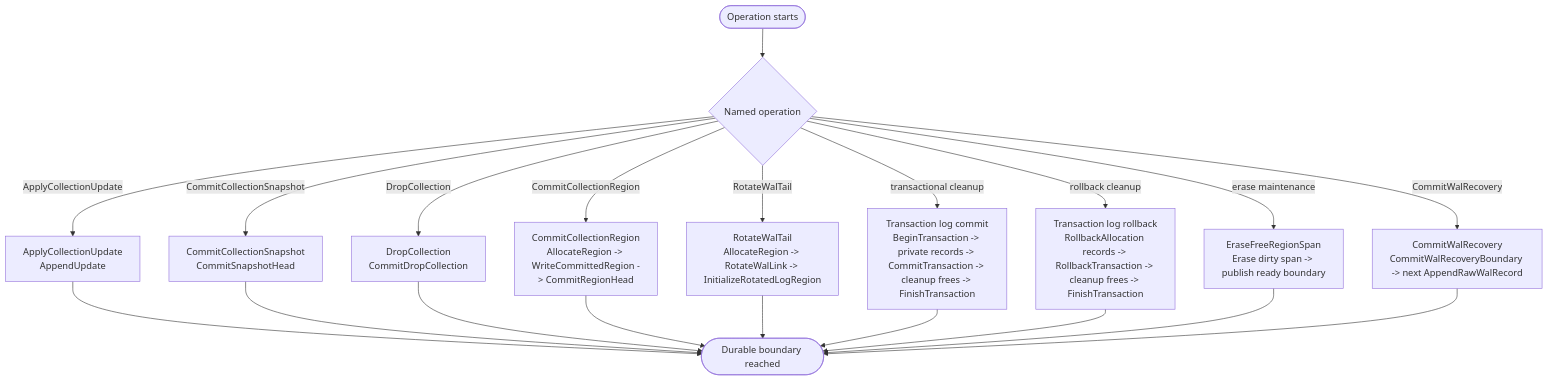
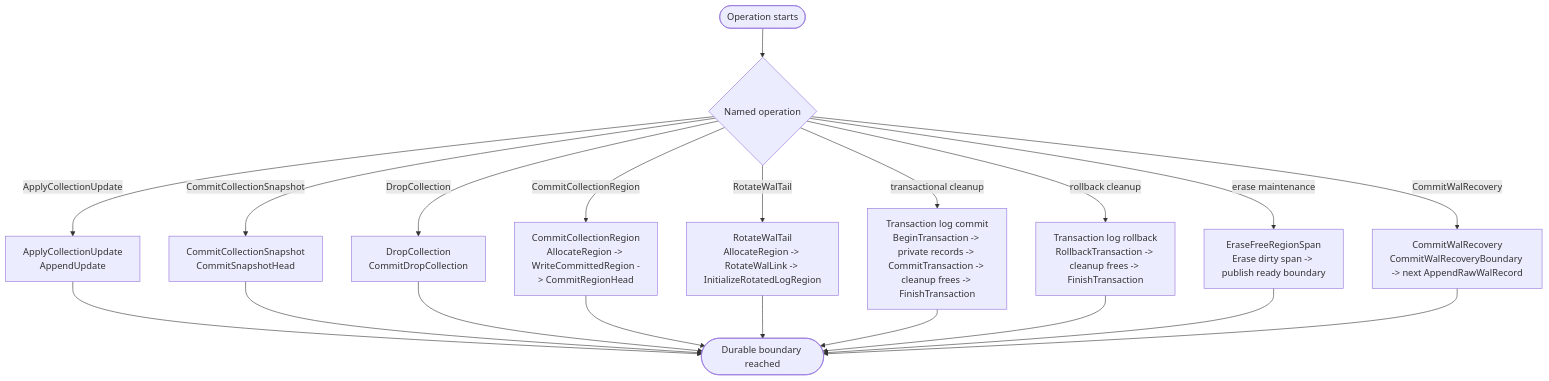
One commit to moore/borromean changed the first of 3 diagrams in spec/ring/08-durability-formatting.md. Above: the diagram before and after it, drawn with Mermaid. The commit also changed other lines of this file and 5 other files, not shown here.

````diff
--- a/spec/ring/08-durability-formatting.md
+++ b/spec/ring/08-durability-formatting.md
@@ -119,36 +117,36 @@
 ```mermaid
 %%{init: {"flowchart": {"wrappingWidth": 180}} }%%
 flowchart TD
     Request([Operation starts])
     Kind{"`Named operation`"}
     Update["`ApplyCollectionUpdate
 AppendUpdate`"]
     Snapshot["`CommitCollectionSnapshot
 CommitSnapshotHead`"]
     Drop["`DropCollection
 CommitDropCollection`"]
     RegionCommit["`CommitCollectionRegion
 AllocateRegion -> WriteCommittedRegion -> CommitRegionHead`"]
     Rotation["`RotateWalTail
 AllocateRegion -> RotateWalLink -> InitializeRotatedLogRegion`"]
     Reclaim["`Transaction log commit
 BeginTransaction -> private records -> CommitTransaction -> cleanup frees -> FinishTransaction`"]
     Rollback["`Transaction log rollback
-RollbackAllocation records -> RollbackTransaction -> cleanup frees -> FinishTransaction`"]
+RollbackTransaction -> cleanup frees -> FinishTransaction`"]
     Erase["`EraseFreeRegionSpan
 Erase dirty span -> publish ready boundary`"]
     Recovery["`CommitWalRecovery
 CommitWalRecoveryBoundary -> next AppendRawWalRecord`"]
     Durable([Durable boundary reached])
 
     Request --> Kind
     Kind -->|ApplyCollectionUpdate| Update --> Durable
     Kind -->|CommitCollectionSnapshot| Snapshot --> Durable
     Kind -->|DropCollection| Drop --> Durable
     Kind -->|CommitCollectionRegion| RegionCommit --> Durable
     Kind -->|RotateWalTail| Rotation --> Durable
     Kind -->|transactional cleanup| Reclaim --> Durable
     Kind -->|rollback cleanup| Rollback --> Durable
     Kind -->|erase maintenance| Erase --> Durable
     Kind -->|CommitWalRecovery| Recovery --> Durable
 ```
````
